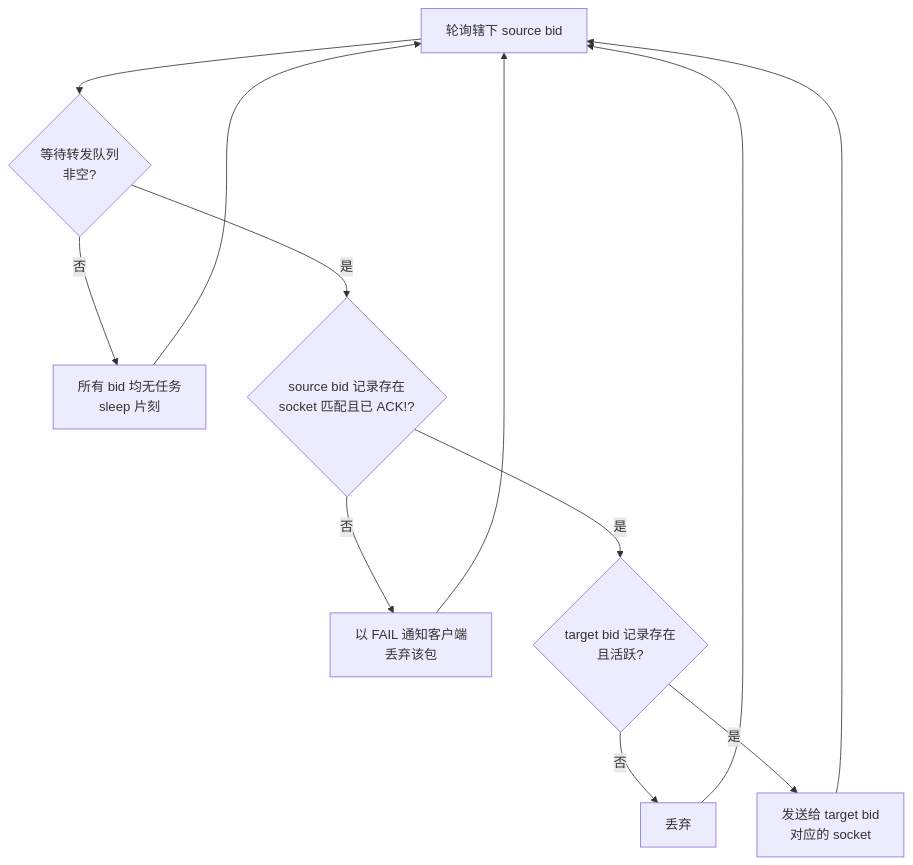
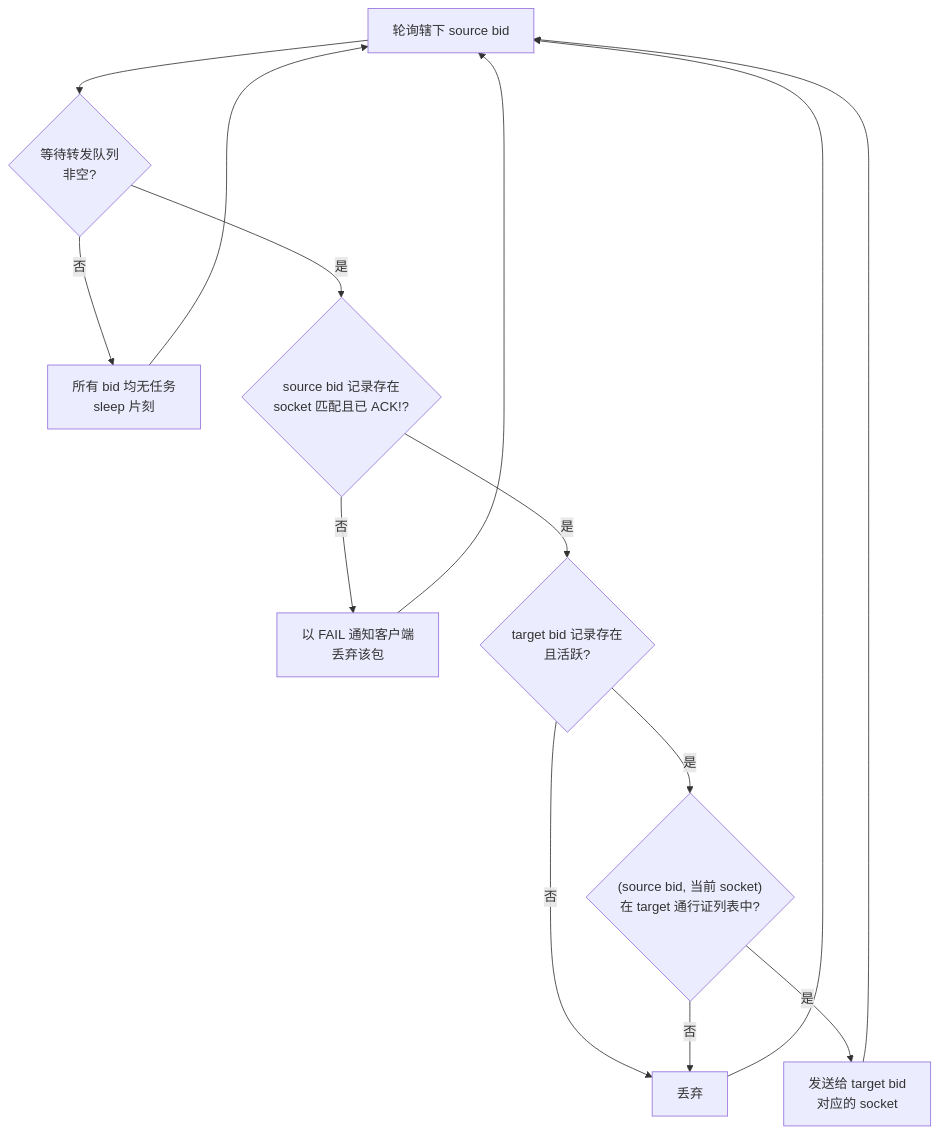
One commit to moky/magpie changed the fifth of 5 diagrams in docs/architecture.md. Above: the diagram before and after it, drawn with Mermaid. The commit also changed other lines of this file and 14 other files, not shown here.

````diff
--- a/docs/architecture.md
+++ b/docs/architecture.md
@@ -150,13 +152,15 @@
 ```mermaid
 flowchart TD
     IN[轮询辖下 source bid] --> Q{等待转发队列<br/>非空?}
     Q -- 否 --> SL[所有 bid 均无任务<br/>sleep 片刻]
     SL --> IN
     Q -- 是 --> S1{source bid 记录存在<br/>socket 匹配且已 ACK!?}
     S1 -- 否 --> FAIL1[以 FAIL 通知客户端<br/>丢弃该包]
     FAIL1 --> IN
     S1 -- 是 --> S2{target bid 记录存在<br/>且活跃?}
     S2 -- 否 --> DR[丢弃]
     DR --> IN
-    S2 -- 是 --> FWD[发送给 target bid<br/>对应的 socket] --> IN
+    S2 -- 是 --> S3{"(source bid, 当前 socket)<br/>在 target 通行证列表中?"}
+    S3 -- 否 --> DR
+    S3 -- 是 --> FWD[发送给 target bid<br/>对应的 socket] --> IN
 ```
````
